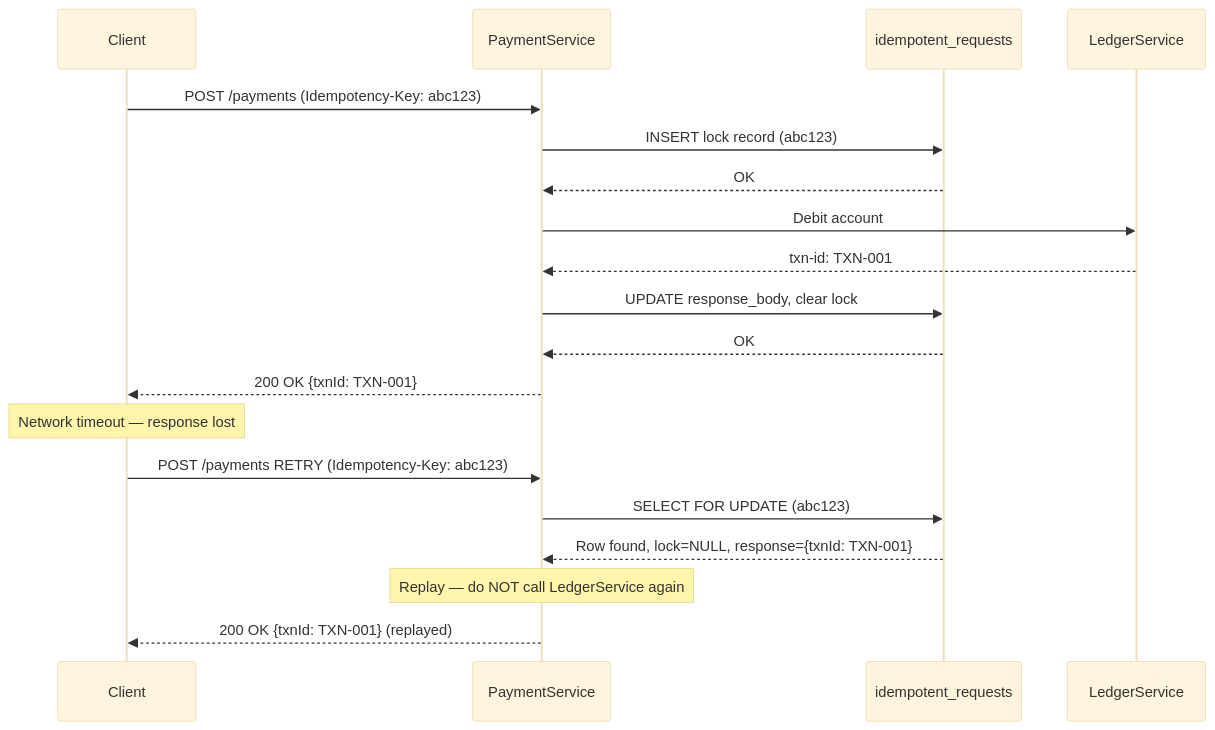
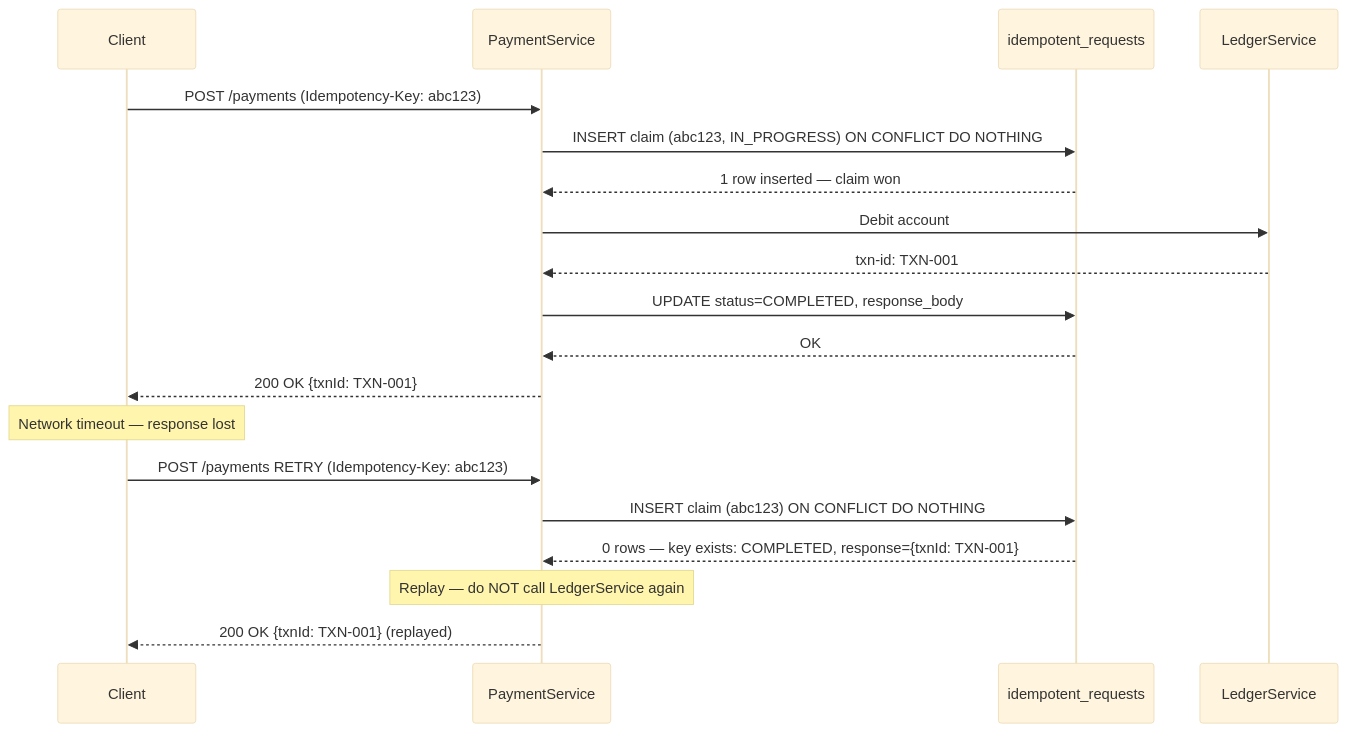
One commit to mostafasroor1983/fintech-engineering-mastery changed the diagram in docs/content/tracks/track-02-distributed-systems/lesson-14-distributed-idempotency/index.md. Above: the diagram before and after it, drawn with Mermaid (base theme). The commit also changed other lines of this file and 345 other files, not shown here.

````diff
--- a/docs/content/tracks/track-02-distributed-systems/lesson-14-distributed-idempotency/index.md
+++ b/docs/content/tracks/track-02-distributed-systems/lesson-14-distributed-idempotency/index.md
@@ -191,23 +187,23 @@
 ```mermaid
 sequenceDiagram
     participant C as Client
     participant S as PaymentService
     participant DB as idempotent_requests
     participant L as LedgerService
 
     C->>S: POST /payments (Idempotency-Key: abc123)
-    S->>DB: INSERT lock record (abc123)
-    DB-->>S: OK
+    S->>DB: INSERT claim (abc123, IN_PROGRESS) ON CONFLICT DO NOTHING
+    DB-->>S: 1 row inserted — claim won
     S->>L: Debit account
     L-->>S: txn-id: TXN-001
-    S->>DB: UPDATE response_body, clear lock
+    S->>DB: UPDATE status=COMPLETED, response_body
     DB-->>S: OK
     S-->>C: 200 OK {txnId: TXN-001}
 
     Note over C: Network timeout — response lost
     C->>S: POST /payments RETRY (Idempotency-Key: abc123)
-    S->>DB: SELECT FOR UPDATE (abc123)
-    DB-->>S: Row found, lock=NULL, response={txnId: TXN-001}
+    S->>DB: INSERT claim (abc123) ON CONFLICT DO NOTHING
+    DB-->>S: 0 rows — key exists: COMPLETED, response={txnId: TXN-001}
     Note over S: Replay — do NOT call LedgerService again
     S-->>C: 200 OK {txnId: TXN-001} (replayed)
 ```
````
